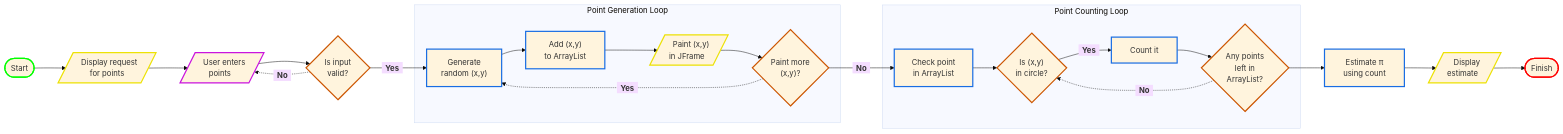
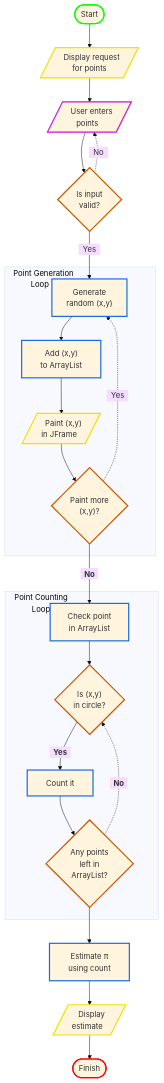
Before and after one commit to trbaxter/monte-carlo-pi-simulation: the first of 2 diagrams in README.md, drawn with Mermaid (base theme). The commit also changed other lines of this file and 2 other files, not shown here.

Commit message:
Adjusted design diagram to top-down for better view + added program gif

````diff
--- a/README.md
+++ b/README.md
@@ -31,61 +31,61 @@
 ```mermaid
 
-flowchart LR
+
+flowchart TD
 
 %% Start %%
     start(["Start"]):::start
 %% End %% 
     finish(["Finish"]):::finish
 %% Actions %%
     A1["Generate \n random (x,y)"]:::action
     A2["Add (x,y) \n &nbsp to ArrayList &nbsp"]:::action
     A3["Check point \n &nbsp in ArrayList &nbsp"]:::action
     A4["&nbsp Count it &nbsp"]:::action
     A5["Estimate π \n &nbsp using count &nbsp"]:::action
 %% Input %%
     I1[/"&nbsp User enters\n points &nbsp"/]:::input
 %% Output %%
     O1[/"&nbsp Display request \n for points"/]:::output
     O2[/" &nbsp Paint (x,y) \n in JFrame &nbsp"/]:::output
     O3[/" &nbsp Display \n estimate &nbsp"/]:::output
 %% Decisions %%
     D1{"Is input \n valid?"}:::decision
     D2{"Paint more\n(x,y)?"}:::decision
     D3{"Is (x,y) \n in circle?"}:::decision
     D4{"Any points \n left in \n ArrayList?"}:::decision
+
 %% Links %%
     start --> O1
     O1 --> I1
     I1 --> D1
-    D1 -.->|<b> &nbsp No &nbsp| I1
-    D1 -->|<b> &nbsp Yes &nbsp| A1
+    D1 -.->|&nbsp No &nbsp| I1
+    D1 -->|&nbsp Yes &nbsp| A1
     D4 --> A5
     A5 --> O3
     O3 --> finish
 
-    subgraph Point Generation Loop
-        D2 -.->|<b> &nbsp Yes &nbsp| A1
+    subgraph "Point Generation &emsp;&emsp;&emsp;&emsp;&emsp;&emsp;&emsp;&emsp;&emsp;&nbsp; \n &emsp;&emsp; Loop"
+        D2 -.->|&nbsp Yes &nbsp| A1
         A1 --> A2
         A2 --> O2
         O2 --> D2
     end
 
-    subgraph Point Counting Loop
+    subgraph "Point Counting &emsp;&emsp;&emsp;&emsp;&emsp;&emsp;&emsp;&emsp;&emsp;&emsp;&nbsp; \n &emsp; &emsp;Loop"
         D2 -->|<b> &nbsp No &nbsp| A3
         A3 --> D3
         D3 -->|<b> &nbsp Yes &nbsp| A4
         A4 --> D4
         D4 -.->|<b> &nbsp No &nbsp| D3
     end
 
 %% Class Colors %%
     classDef start stroke: #0f0, stroke-width: 2.5px;
     classDef finish stroke: #f00, stroke-width: 2.5px;
     classDef decision stroke: #cc5500, stroke-width: 2.5px;
     classDef action stroke: #196de3, stroke-width: 2.5px;
     classDef input stroke: #ca14de, stroke-width: 2.5px;
     classDef output stroke: #ede205, stroke-width: 2.5px;
     classDef empty width: 0px, height: 0px;
-
-
 ```
````
